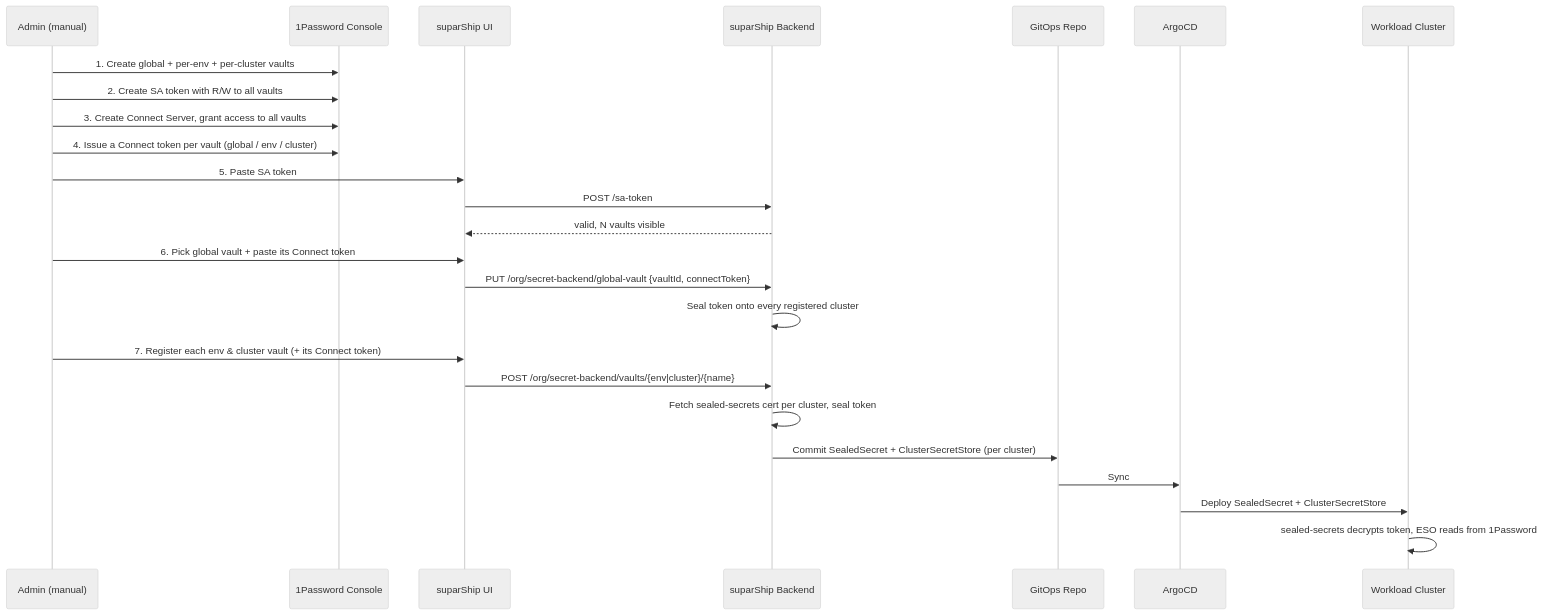
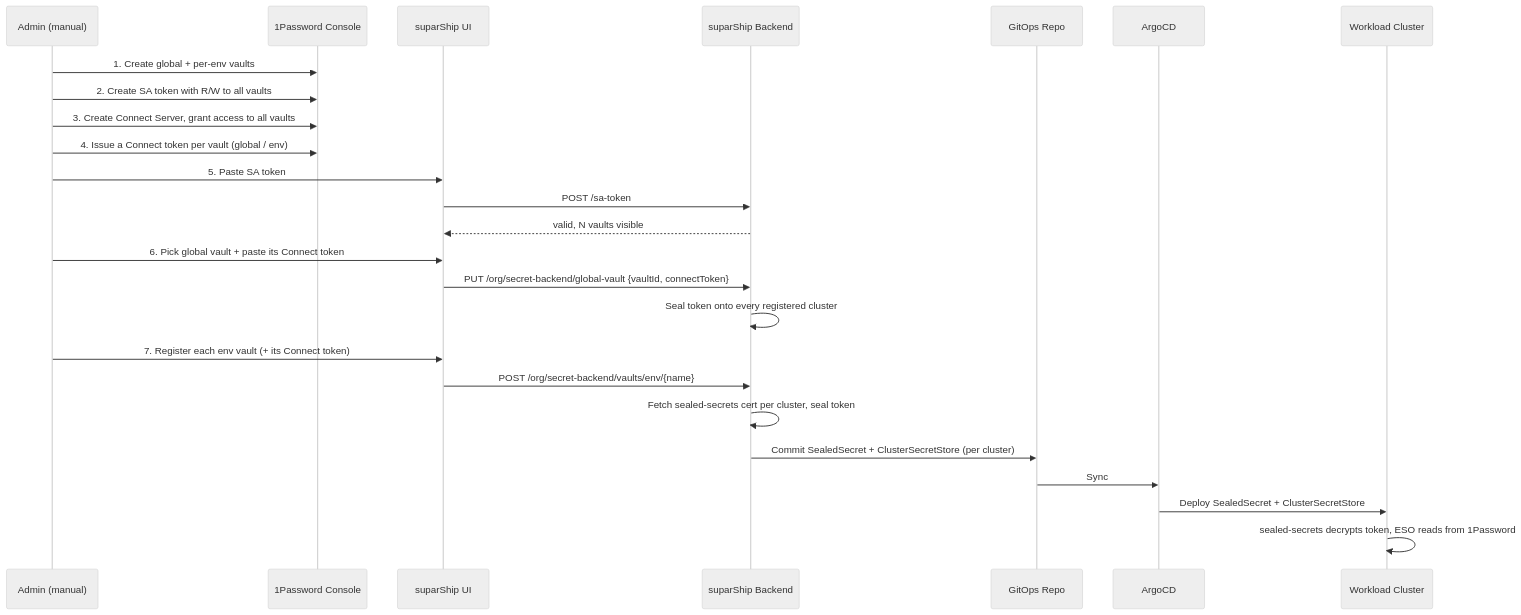
The diagram in docs/secrets.md (suparcloud/suparship), drawn with Mermaid (neutral theme) before and after one commit. The commit also changed other lines of this file and 19 other files, not shown here.

````diff
--- a/docs/secrets.md
+++ b/docs/secrets.md
@@ -76,28 +90,28 @@
 ```mermaid
 sequenceDiagram
     participant Admin as Admin (manual)
     participant OP as 1Password Console
     participant UI as suparShip UI
     participant API as suparShip Backend
     participant Git as GitOps Repo
     participant Argo as ArgoCD
     participant Cluster as Workload Cluster
 
-    Admin->>OP: 1. Create global + per-env + per-cluster vaults
+    Admin->>OP: 1. Create global + per-env vaults
     Admin->>OP: 2. Create SA token with R/W to all vaults
     Admin->>OP: 3. Create Connect Server, grant access to all vaults
-    Admin->>OP: 4. Issue a Connect token per vault (global / env / cluster)
+    Admin->>OP: 4. Issue a Connect token per vault (global / env)
     Admin->>UI: 5. Paste SA token
     UI->>API: POST /sa-token
     API-->>UI: valid, N vaults visible
     Admin->>UI: 6. Pick global vault + paste its Connect token
     UI->>API: PUT /org/secret-backend/global-vault {vaultId, connectToken}
     API->>API: Seal token onto every registered cluster
-    Admin->>UI: 7. Register each env & cluster vault (+ its Connect token)
-    UI->>API: POST /org/secret-backend/vaults/{env|cluster}/{name}
+    Admin->>UI: 7. Register each env vault (+ its Connect token)
+    UI->>API: POST /org/secret-backend/vaults/env/{name}
     API->>API: Fetch sealed-secrets cert per cluster, seal token
     API->>Git: Commit SealedSecret + ClusterSecretStore (per cluster)
     Git->>Argo: Sync
     Argo->>Cluster: Deploy SealedSecret + ClusterSecretStore
     Cluster->>Cluster: sealed-secrets decrypts token, ESO reads from 1Password
 ```
````
